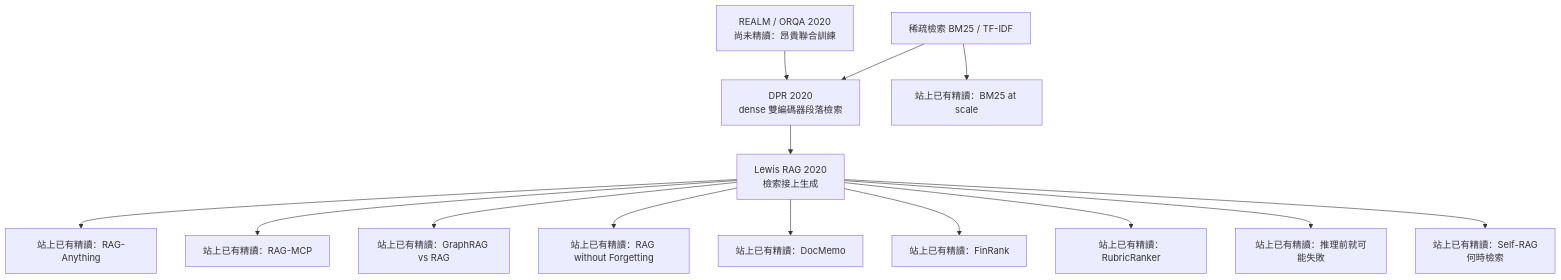
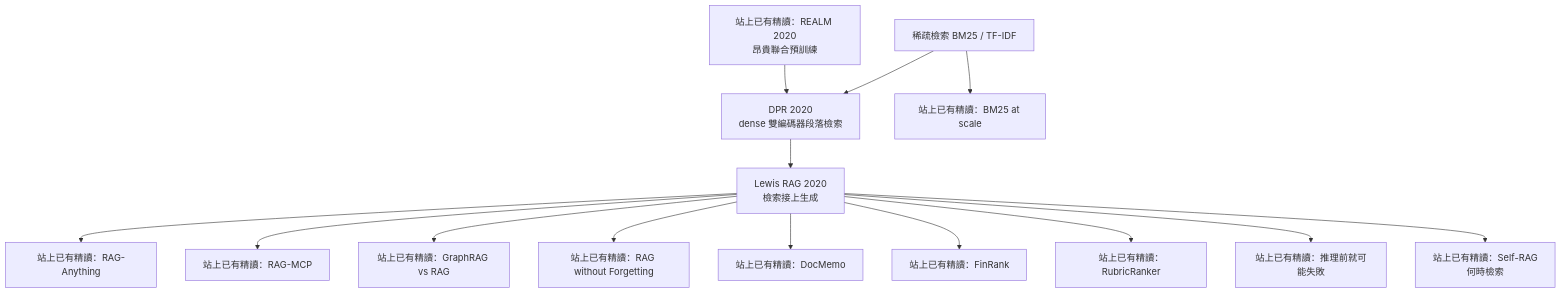
One commit to poirotw66/poirotw66.github.io changed the diagram in src/content/blog/92-rag-method-foundation-reading-map.md. Above: the diagram before and after it, drawn with Mermaid. The commit also changed other lines of this file and 15 other files, not shown here.

````diff
--- a/src/content/blog/92-rag-method-foundation-reading-map.md
+++ b/src/content/blog/92-rag-method-foundation-reading-map.md
@@ -45,18 +45,18 @@
 ```mermaid
 flowchart TB
   Sparse["稀疏檢索 BM25 / TF-IDF"]
-  REALM["REALM / ORQA 2020<br/>尚未精讀：昂貴聯合訓練"]
+  REALM["站上已有精讀：REALM 2020<br/>昂貴聯合預訓練"]
   Sparse --> DPR["DPR 2020<br/>dense 雙編碼器段落檢索"]
   REALM --> DPR
   DPR --> RAG["Lewis RAG 2020<br/>檢索接上生成"]
   Sparse --> BM25leaf["站上已有精讀：BM25 at scale"]
   RAG --> Anything["站上已有精讀：RAG-Anything"]
   RAG --> RAGMCP["站上已有精讀：RAG-MCP"]
   RAG --> Graph["站上已有精讀：GraphRAG vs RAG"]
   RAG --> ERM["站上已有精讀：RAG without Forgetting"]
   RAG --> DocMemo["站上已有精讀：DocMemo"]
   RAG --> FinRank["站上已有精讀：FinRank"]
   RAG --> Rubric["站上已有精讀：RubricRanker"]
   RAG --> ReadGate["站上已有精讀：推理前就可能失敗"]
   RAG --> SelfRAG["站上已有精讀：Self-RAG<br/>何時檢索"]
 ```
````
